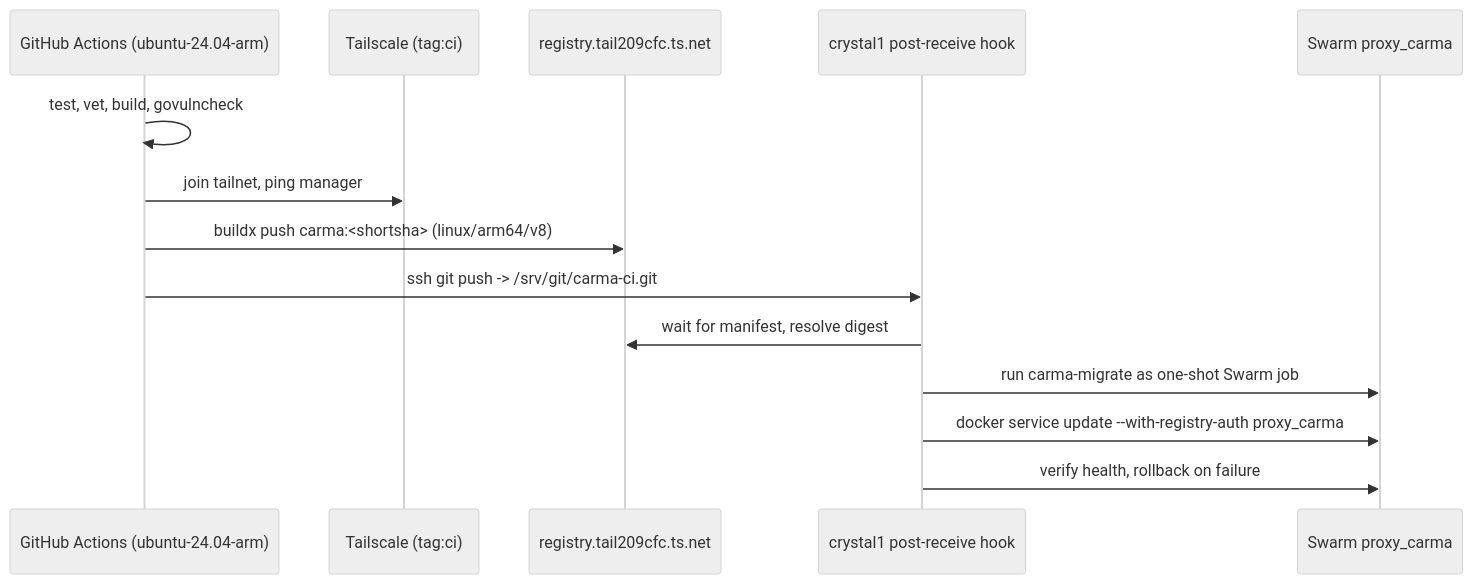
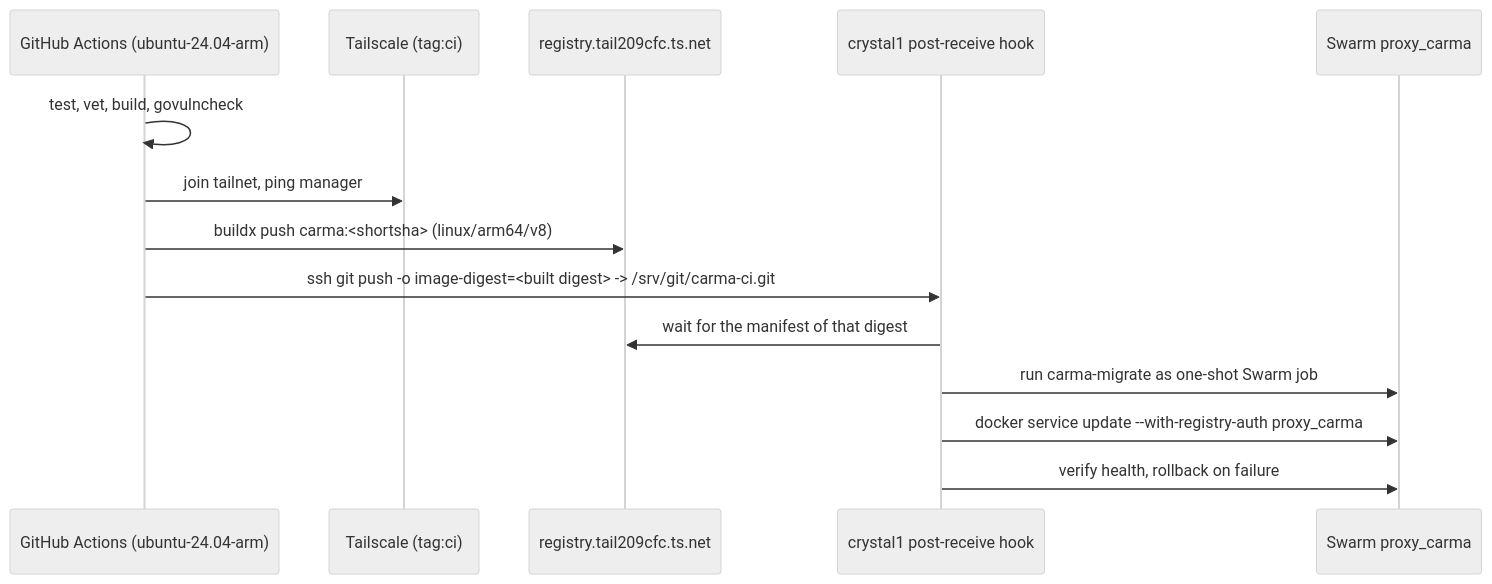
Before and after one commit to bitofbytes-io/carma: the third of 3 diagrams in docs/ARCHITECTURE.md, drawn with Mermaid (neutral theme). The commit also changed 3 other files, not shown here.

First line of the commit message:
Pass the built image digest to the deploy hook

````diff
--- a/docs/ARCHITECTURE.md
+++ b/docs/ARCHITECTURE.md
@@ -172,17 +172,17 @@
 ```mermaid
 sequenceDiagram
   participant GH as GitHub Actions (ubuntu-24.04-arm)
   participant TS as Tailscale (tag:ci)
   participant REG as registry.tail209cfc.ts.net
   participant CR as crystal1 post-receive hook
   participant SW as Swarm proxy_carma
 
   GH->>GH: test, vet, build, govulncheck
   GH->>TS: join tailnet, ping manager
   GH->>REG: buildx push carma:<shortsha> (linux/arm64/v8)
-  GH->>CR: ssh git push -> /srv/git/carma-ci.git
-  CR->>REG: wait for manifest, resolve digest
+  GH->>CR: ssh git push -o image-digest=<built digest> -> /srv/git/carma-ci.git
+  CR->>REG: wait for the manifest of that digest
   CR->>SW: run carma-migrate as one-shot Swarm job
   CR->>SW: docker service update --with-registry-auth proxy_carma
   CR->>SW: verify health, rollback on failure
 ```
````
